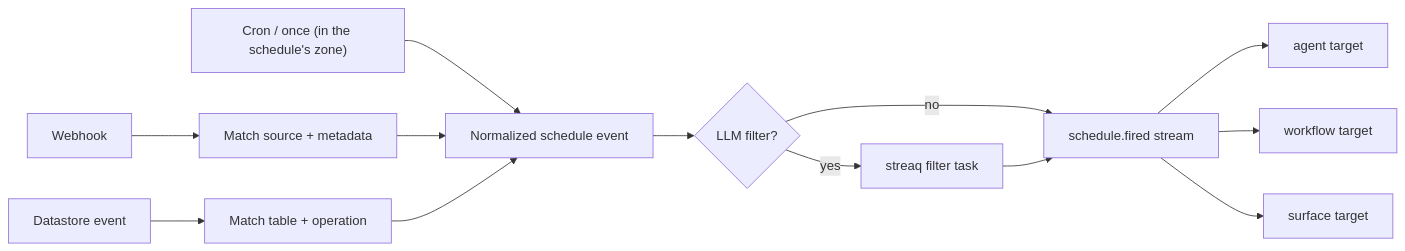
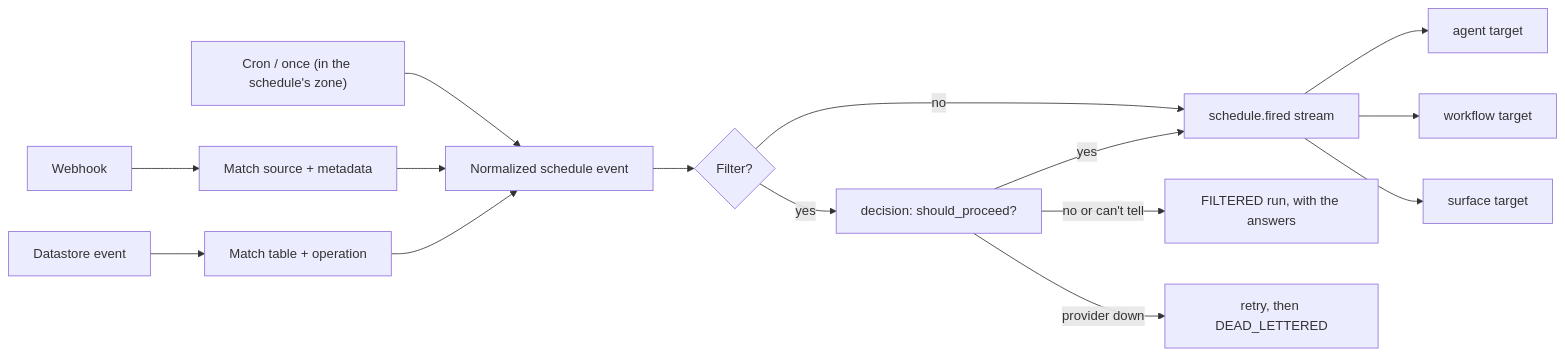
The diagram in lemma-backend/docs/modules/schedule.md (lemma-work/lemma-platform), drawn with Mermaid before and after one commit. The commit also changed other lines of this file and 58 other files, not shown here.

````diff
--- a/lemma-backend/docs/modules/schedule.md
+++ b/lemma-backend/docs/modules/schedule.md
@@ -118,12 +118,15 @@
 ```mermaid
 flowchart LR
     T["Cron / once (in the schedule's zone)"] --> N["Normalized schedule event"]
     H["Webhook"] --> M["Match source + metadata"] --> N
     D["Datastore event"] --> Q["Match table + operation"] --> N
-    N --> F{"LLM filter?"}
+    N --> F{"Filter?"}
     F -- no --> E["schedule.fired stream"]
-    F -- yes --> J["streaq filter task"] --> E
+    F -- yes --> J["decision: should_proceed?"]
+    J -- yes --> E
+    J -- no or can't tell --> K["FILTERED run, with the answers"]
+    J -- provider down --> R["retry, then DEAD_LETTERED"]
     E --> A["agent target"]
     E --> W["workflow target"]
     E --> S["surface target"]
 ```
````
